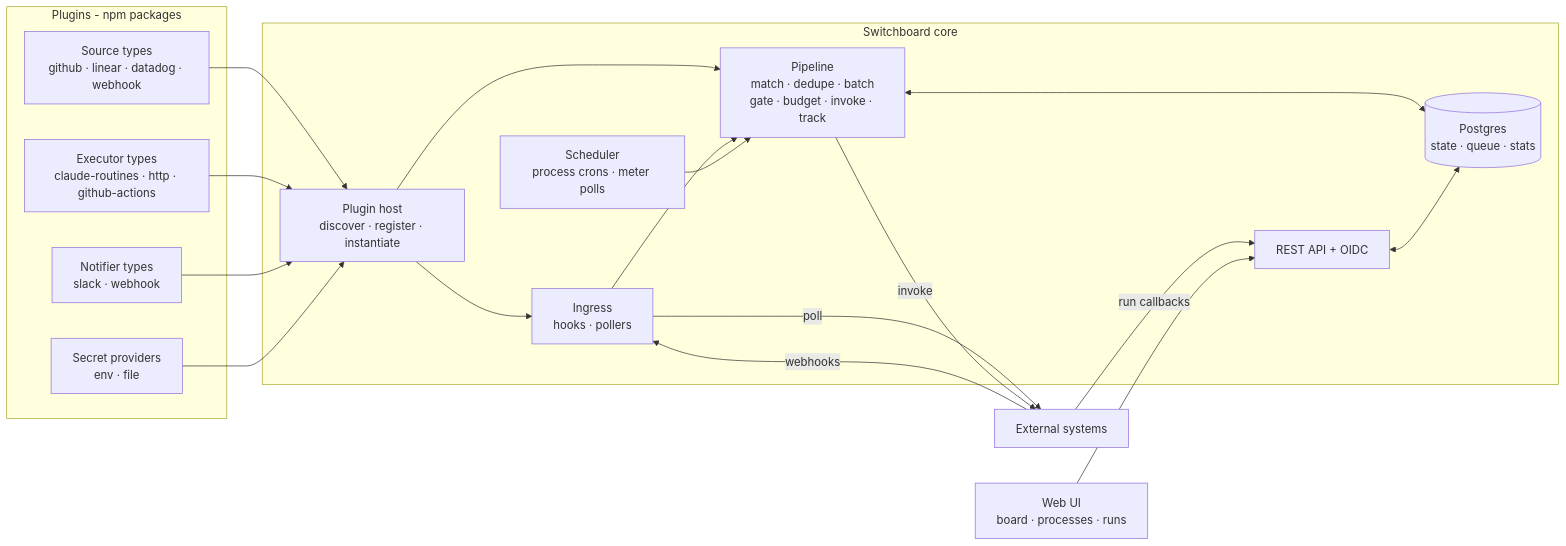
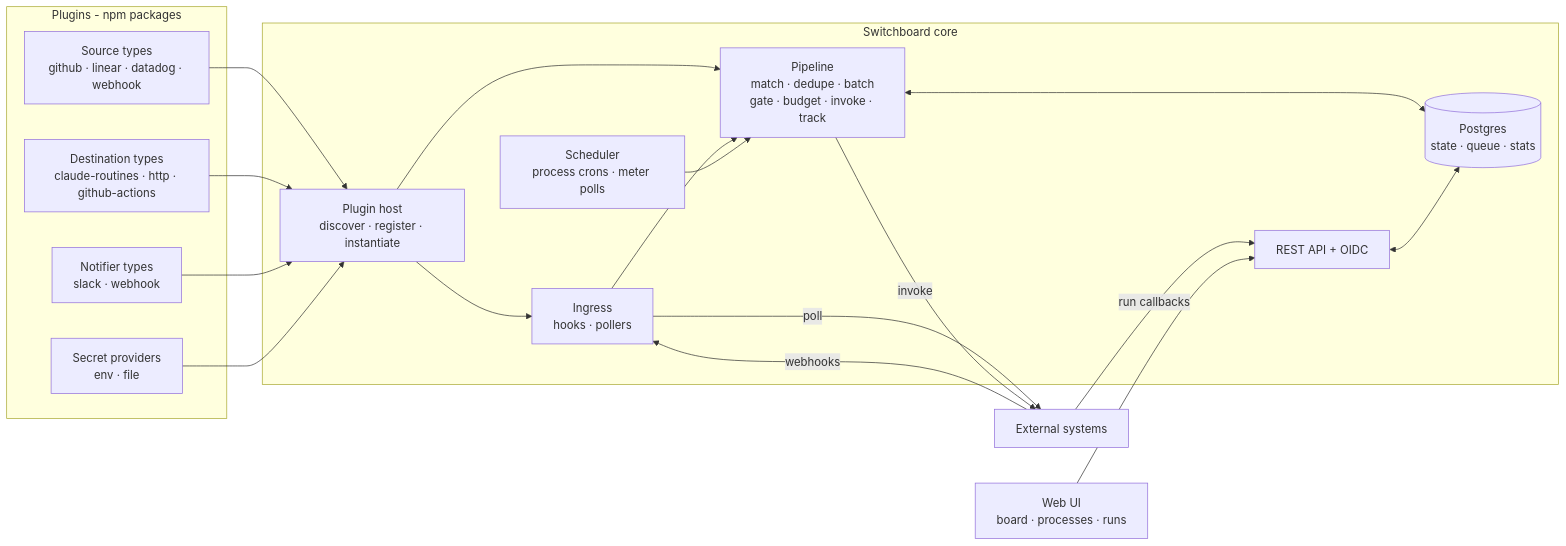
One commit to ilyavolodin/ai-switchboard changed the diagram in docs/architecture.md. Above: the diagram before and after it, drawn with Mermaid. The commit also changed other lines of this file and 311 other files, not shown here.

First line of the commit message:
feat(sdk)!: rename executor to destination everywhere

````diff
--- a/docs/architecture.md
+++ b/docs/architecture.md
@@ -8,34 +8,34 @@
 ```mermaid
 flowchart LR
   subgraph Plugins[Plugins - npm packages]
     SRC[Source types<br/>github · linear · datadog · webhook]
-    EXE[Executor types<br/>claude-routines · http · github-actions]
+    EXE[Destination types<br/>claude-routines · http · github-actions]
     NOT[Notifier types<br/>slack · webhook]
     SEC[Secret providers<br/>env · file]
   end
   subgraph Core[Switchboard core]
     HOST[Plugin host<br/>discover · register · instantiate]
     IN[Ingress<br/>hooks · pollers]
     SCH[Scheduler<br/>process crons · meter polls]
     PIPE[Pipeline<br/>match · dedupe · batch<br/>gate · budget · invoke · track]
     API[REST API + OIDC]
     PG[(Postgres<br/>state · queue · stats)]
   end
   UI[Web UI<br/>board · processes · runs]
   EXT[External systems]
   EXT -->|webhooks| IN
   IN -->|poll| EXT
   SRC --> HOST
   EXE --> HOST
   NOT --> HOST
   SEC --> HOST
   HOST --> IN
   HOST --> PIPE
   IN --> PIPE
   SCH --> PIPE
   PIPE <--> PG
   PIPE -->|invoke| EXT
   EXT -->|run callbacks| API
   API <--> PG
   UI --> API
 ```
````
